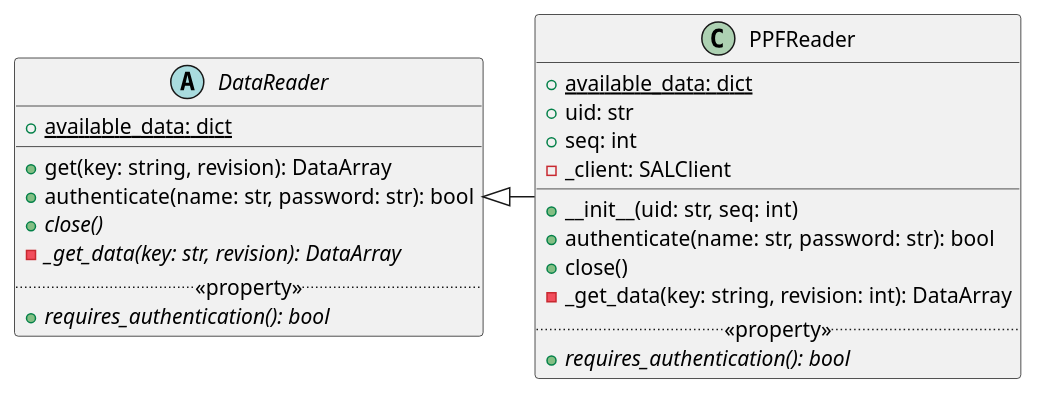
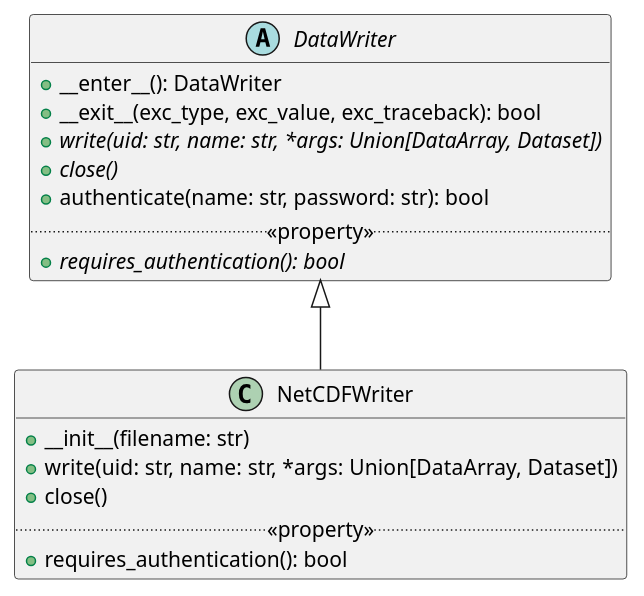
One commit to indica-mcf/Indica changed the fourth of 5 diagrams in doc/design.rst. Above: the diagram before and after it, drawn with PlantUML. The commit also changed other lines of this file, not shown here.

```diff
--- a/doc/design.rst
+++ b/doc/design.rst
@@ -234,28 +373,21 @@
 .. uml::
 
-   abstract class DataReader {
-   + {static} available_data: dict
-   __
-   + get(key: string, revision): DataArray
+   abstract class DataWriter {
+   + __enter__(): DataWriter
+   + __exit__(exc_type, exc_value, exc_traceback): bool
+   + {abstract} write(uid: str, name: str, *args: Union[DataArray, Dataset])
+   + {abstract} close()
    + authenticate(name: str, password: str): bool
-   + {abstract} close()
-   - {abstract} _get_data(key: str, revision): DataArray
    .. «property» ..
    + {abstract} requires_authentication(): bool
    }
 
-   class PPFReader {
-   + {static} available_data: dict
-   + uid: str
-   + seq: int
-   - _client: SALClient
-   __
-   + __init__(uid: str, seq: int)
-   + authenticate(name: str, password: str): bool
+   class NetCDFWriter {
+   + __init__(filename: str)
+   + write(uid: str, name: str, *args: Union[DataArray, Dataset])
    + close()
-   - _get_data(key: string, revision: int): DataArray
    .. «property» ..
-   + {abstract} requires_authentication(): bool
+   + requires_authentication(): bool
    }
 
-   DataReader <|- PPFReader
+   DataWriter <|-- NetCDFWriter
```
